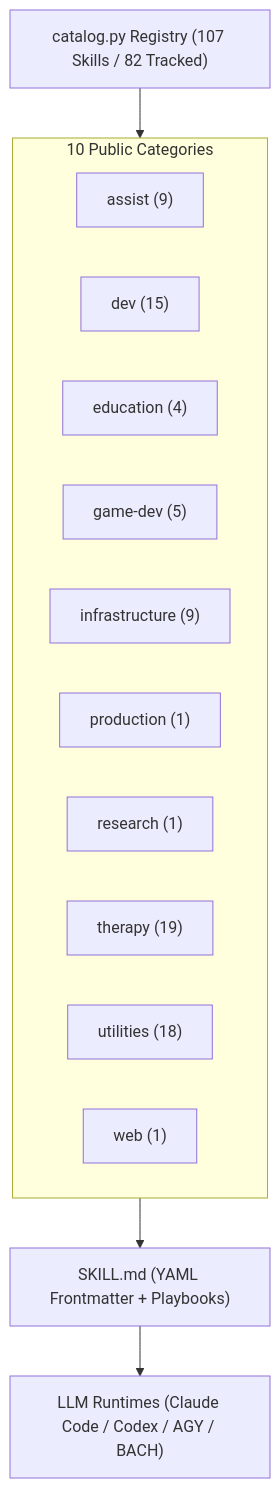
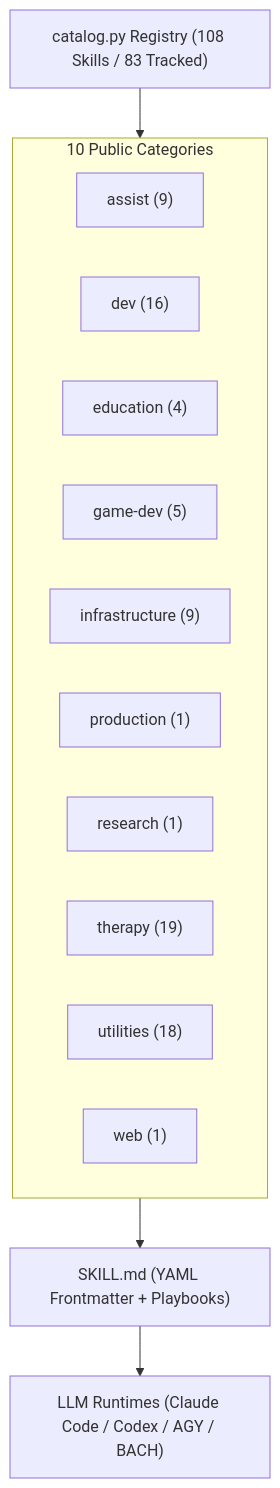
The diagram in README.md (ellmos-ai/skills), drawn with Mermaid before and after one commit. The commit also changed other lines of this file and 7 other files, not shown here.

````diff
--- a/README.md
+++ b/README.md
@@ -31,18 +31,18 @@
 ```mermaid
 flowchart TD
-    Catalog["catalog.py Registry (107 Skills / 82 Tracked)"] --> Categories
+    Catalog["catalog.py Registry (108 Skills / 83 Tracked)"] --> Categories
     subgraph Categories ["10 Public Categories"]
         Assist["assist (9)"]
-        Dev["dev (15)"]
+        Dev["dev (16)"]
         Edu["education (4)"]
         Game["game-dev (5)"]
         Infra["infrastructure (9)"]
         Prod["production (1)"]
         Res["research (1)"]
         Therapy["therapy (19)"]
         Utils["utilities (18)"]
         Web["web (1)"]
     end
     Categories --> Specs["SKILL.md (YAML Frontmatter + Playbooks)"]
     Specs --> Runtimes["LLM Runtimes (Claude Code / Codex / AGY / BACH)"]
 ```
````
